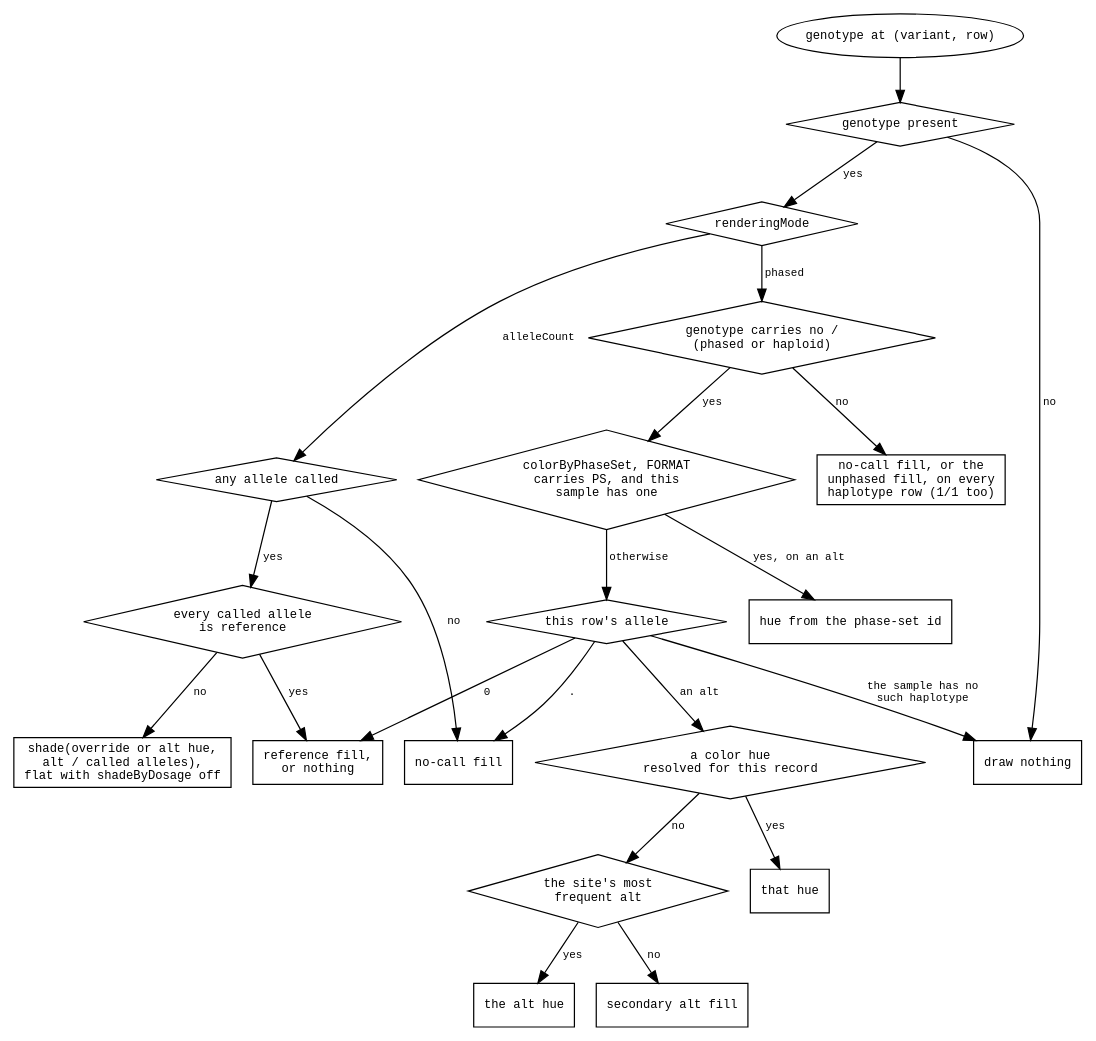
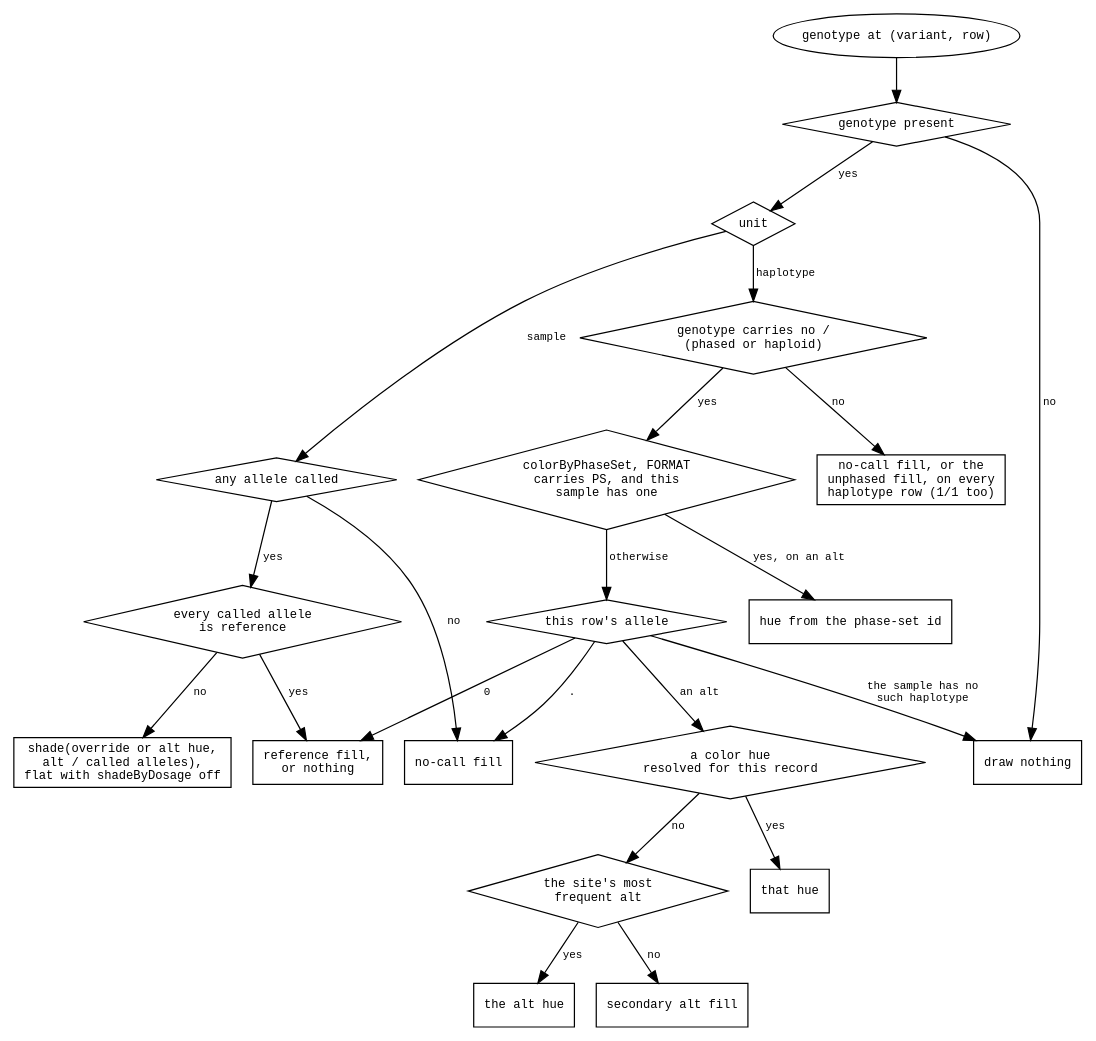
The diagram in agent-docs/mechanisms/diagrams/variants-cell-colour.dot (GMOD/jbrowse-components), drawn with Graphviz before and after one commit. The commit also changed 54 other files, not shown here.

First line of the commit message:
Multi-sample variant display spells the row unit as unit: 'sample' | 'haplotype'

```diff
--- a/agent-docs/mechanisms/diagrams/variants-cell-colour.dot
+++ b/agent-docs/mechanisms/diagrams/variants-cell-colour.dot
@@ -1,55 +1,55 @@
 digraph variant_cell_colour {
   rankdir=TB
   node [shape=box fontname=monospace fontsize=10]
   edge [fontname=monospace fontsize=9]
   { node [shape=diamond] have; mode; ps; phased; allele; alt; override; called; allref }
 
   start [label="genotype at (variant, row)", shape=oval]
   start -> have
   have [label="genotype present"]
   have -> nothing [label=" no"]
   have -> mode    [label=" yes"]
   nothing [label="draw nothing"]
 
-  mode [label="renderingMode"]
-  mode -> phased [label=" phased"]
-  mode -> called [label=" alleleCount"]
+  mode [label="unit"]
+  mode -> phased [label=" haplotype"]
+  mode -> called [label=" sample"]
 
   phased [label="genotype carries no /\n(phased or haploid)"]
   phased -> uncalled [label=" no"]
   phased -> ps       [label=" yes"]
   uncalled [label="no-call fill, or the\nunphased fill, on every\nhaplotype row (1/1 too)"]
 
   ps [label="colorByPhaseSet, FORMAT\ncarries PS, and this\nsample has one"]
   ps -> pshue  [label=" yes, on an alt"]
   ps -> allele [label=" otherwise"]
   pshue [label="hue from the phase-set id"]
 
   allele [label="this row's allele"]
   allele -> nothing   [label=" the sample has no\n such haplotype"]
   allele -> nocallcol [label=" ."]
   allele -> refcol    [label=" 0"]
   allele -> override  [label=" an alt"]
   nocallcol [label="no-call fill"]
   refcol    [label="reference fill,\nor nothing"]
 
   override [label="a color hue\nresolved for this record"]
   override -> ovcol [label=" yes"]
   override -> alt   [label=" no"]
   ovcol [label="that hue"]
 
   alt [label="the site's most\nfrequent alt"]
   alt -> althue    [label=" yes"]
   alt -> secondary [label=" no"]
   althue    [label="the alt hue"]
   secondary [label="secondary alt fill"]
 
   called [label="any allele called"]
   called -> nocallcol [label=" no"]
   called -> allref    [label=" yes"]
 
   allref [label="every called allele\nis reference"]
   allref -> refcol [label=" yes"]
   allref -> dosage [label=" no"]
   dosage [label="shade(override or alt hue,\nalt / called alleles),\nflat with shadeByDosage off"]
 }
```
